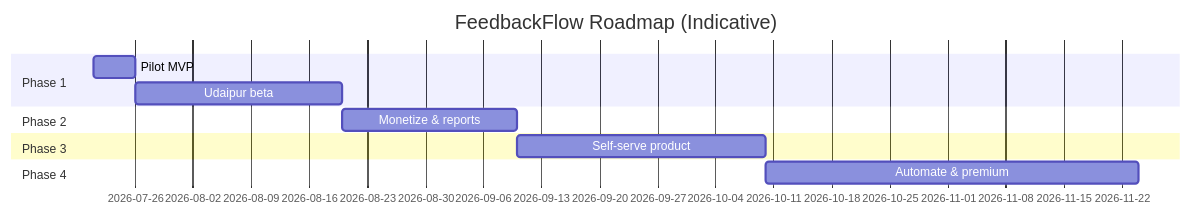
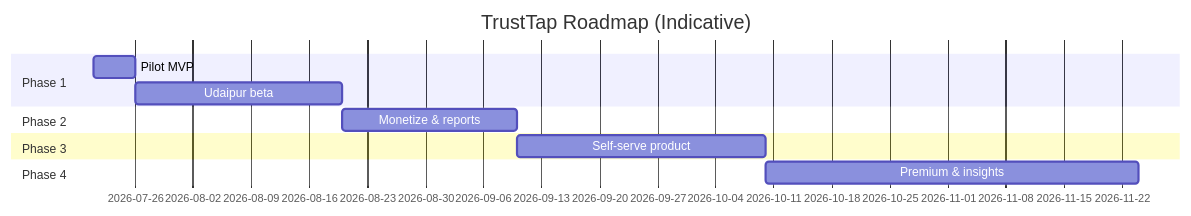
One commit to niteshrav/GoogleReviewQR changed the diagram in docs/PHASED_ROADMAP.md. Above: the diagram before and after it, drawn with Mermaid. The commit also changed other lines of this file and 9 other files, not shown here.

````diff
--- a/docs/PHASED_ROADMAP.md
+++ b/docs/PHASED_ROADMAP.md
@@ -43,14 +47,14 @@
 ```mermaid
 gantt
-    title FeedbackFlow Roadmap (Indicative)
+    title TrustTap Roadmap (Indicative)
     dateFormat YYYY-MM-DD
     section Phase 1
     Pilot MVP           :p1, 2026-07-21, 5d
     Udaipur beta        :p1b, after p1, 25d
     section Phase 2
     Monetize & reports  :p2, after p1b, 21d
     section Phase 3
     Self-serve product  :p3, after p2, 30d
     section Phase 4
-    Automate & premium  :p4, after p3, 45d
+    Premium & insights  :p4, after p3, 45d
 ```
````
